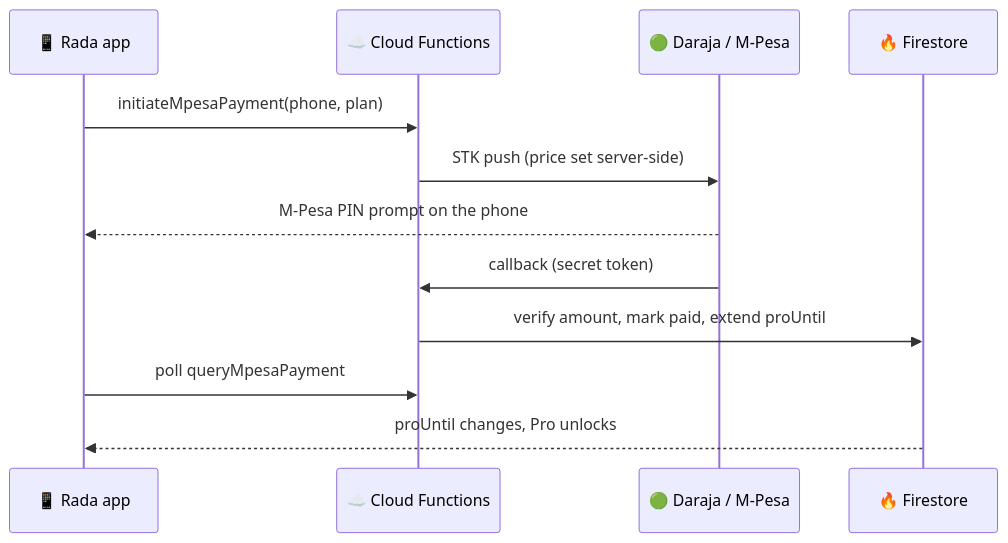
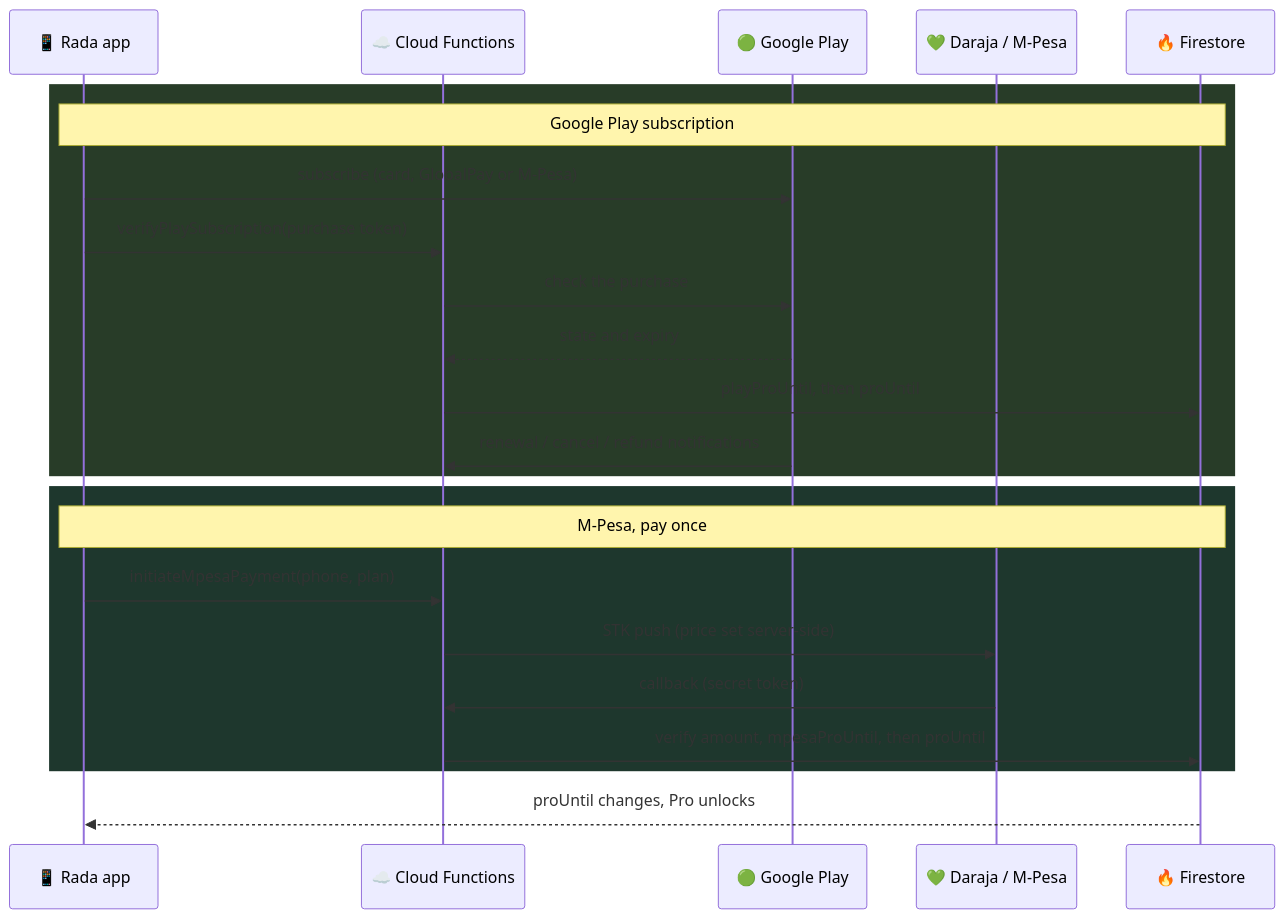
The second of 2 diagrams in README.md (WadeQ/Rada), drawn with Mermaid before and after one commit. The commit also changed other lines of this file and 7 other files, not shown here.

Commit message:
Paywall: choose Google Play subscription or one-time M-Pesa; Play Billing in the app; docs

````diff
--- a/README.md
+++ b/README.md
@@ -126,14 +135,25 @@
 ```mermaid
 sequenceDiagram
     participant App as 📱 Rada app
     participant F as ☁️ Cloud Functions
-    participant D as 🟢 Daraja / M-Pesa
+    participant P as 🟢 Google Play
+    participant D as 💚 Daraja / M-Pesa
     participant DB as 🔥 Firestore
+    rect rgb(40, 60, 40)
+    Note over App,DB: Google Play subscription
+    App->>P: subscribe (card, GlobalPay or M-Pesa)
+    App->>F: verifyPlaySubscription(purchase token)
+    F->>P: check the purchase
+    P-->>F: state and expiry
+    F->>DB: playProUntil, then proUntil
+    P->>F: renewal / cancel / refund notifications
+    end
+    rect rgb(30, 55, 45)
+    Note over App,DB: M-Pesa, pay once
     App->>F: initiateMpesaPayment(phone, plan)
     F->>D: STK push (price set server-side)
-    D-->>App: M-Pesa PIN prompt on the phone
     D->>F: callback (secret token)
-    F->>DB: verify amount, mark paid, extend proUntil
-    App->>F: poll queryMpesaPayment
+    F->>DB: verify amount, mpesaProUntil, then proUntil
+    end
     DB-->>App: proUntil changes, Pro unlocks
 ```
````
